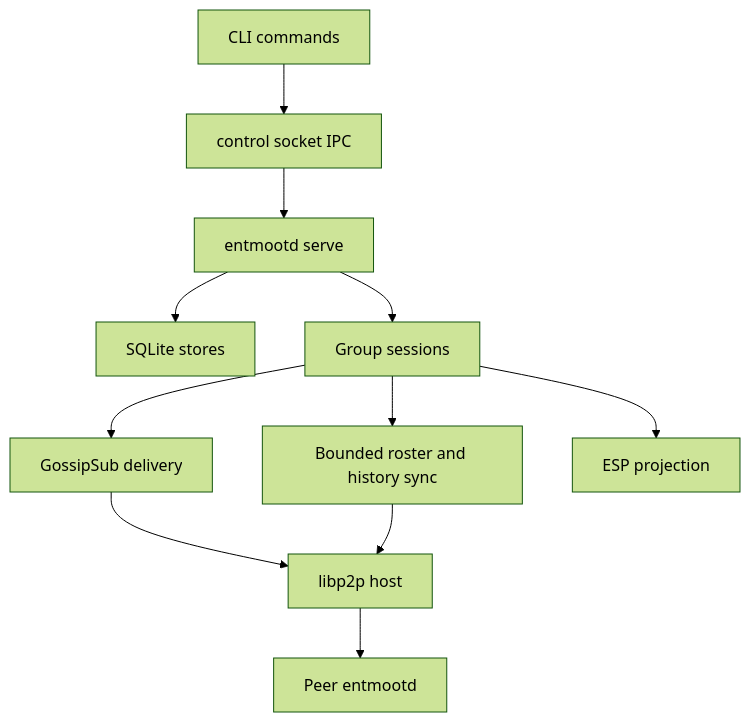
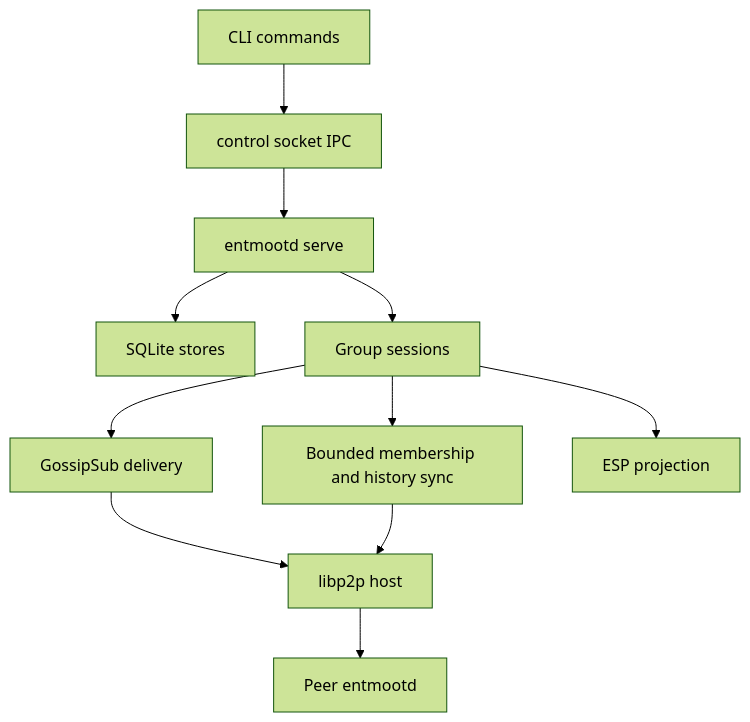
The diagram in website/docs/architecture/system-overview.md (jerryfane/entmoot), drawn with Mermaid (forest theme) before and after one commit. The commit also changed other lines of this file and 96 other files, not shown here.

````diff
--- a/website/docs/architecture/system-overview.md
+++ b/website/docs/architecture/system-overview.md
@@ -8,13 +8,13 @@
 ```mermaid
 flowchart TB
   CLI[CLI commands] --> IPC[control socket IPC]
   IPC --> Serve[entmootd serve]
   Serve --> Store[SQLite stores]
   Serve --> Sessions[Group sessions]
   Sessions --> Gossip[GossipSub delivery]
-  Sessions --> Sync[Bounded roster and history sync]
+  Sessions --> Sync[Bounded membership and history sync]
   Sessions --> ESP[ESP projection]
   Gossip --> Host[libp2p host]
   Sync --> Host
   Host --> Peer[Peer entmootd]
 ```
````
